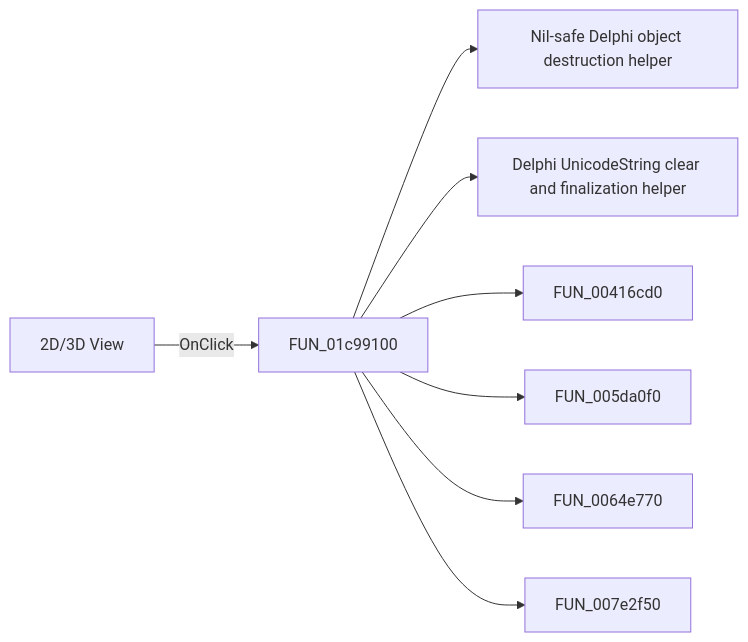
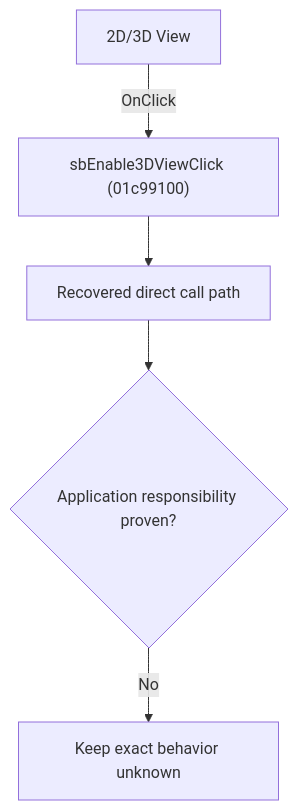
One commit to MovGP0/TIARA changed the diagram in docs/ui-controls/schematiceditor/sbenable3dview-c4e07c7506.md. Above: the diagram before and after it, drawn with Mermaid. The commit also changed other lines of this file and 1062 other files, not shown here.

````diff
--- a/docs/ui-controls/schematiceditor/sbenable3dview-c4e07c7506.md
+++ b/docs/ui-controls/schematiceditor/sbenable3dview-c4e07c7506.md
@@ -27,10 +27,7 @@
 ```mermaid
-flowchart LR
-    control["2D/3D View"] -->|OnClick| handler["FUN_01c99100"]
-    handler --> call1["Nil-safe Delphi object destruction helper"]
-    handler --> call2["Delphi UnicodeString clear and finalization helper"]
-    handler --> call3["FUN_00416cd0"]
-    handler --> call4["FUN_005da0f0"]
-    handler --> call5["FUN_0064e770"]
-    handler --> call6["FUN_007e2f50"]
+flowchart TD
+    control["2D/3D View"] -->|"OnClick"| handler["sbEnable3DViewClick (01c99100)"]
+    handler --> recovered["Recovered direct call path"]
+    recovered --> gap{"Application responsibility proven?"}
+    gap -->|"No"| blocked["Keep exact behavior unknown"]
 ```
````
